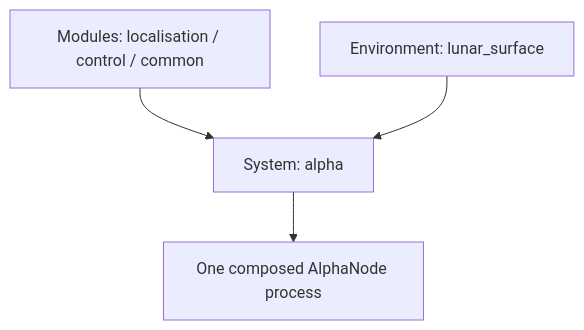
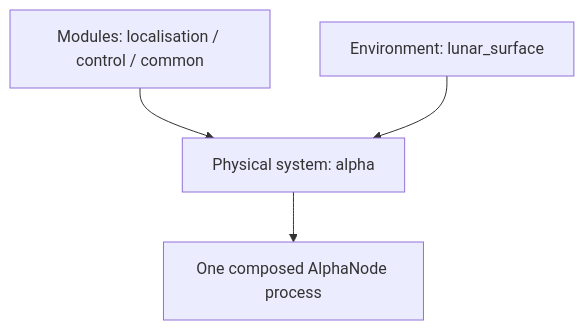
One commit to richarJ2002/lunar_simulator changed the diagram in docs/modules/index.md. Above: the diagram before and after it, drawn with Mermaid. The commit also changed other lines of this file and 7 other files, not shown here.

Commit message:
[docs] Updating home page to be more descriptive of the architecture and intent of this project

````diff
--- a/docs/modules/index.md
+++ b/docs/modules/index.md
@@ -18,6 +20,6 @@
 ```mermaid
 graph TD
-    mod[Modules: localisation / control / common] --> sys[System: alpha]
+    mod[Modules: localisation / control / common] --> sys[Physical system: alpha]
     env[Environment: lunar_surface] --> sys
     sys --> run[One composed AlphaNode process]
 ```
````
